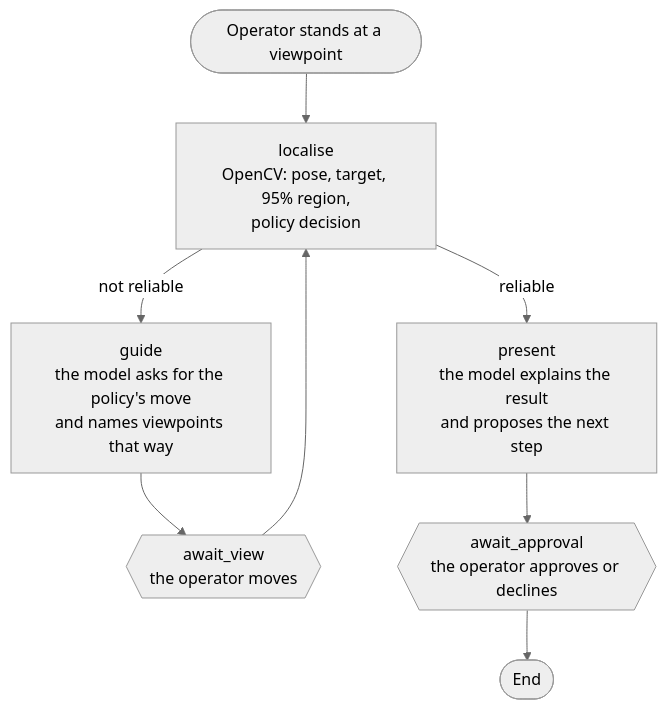
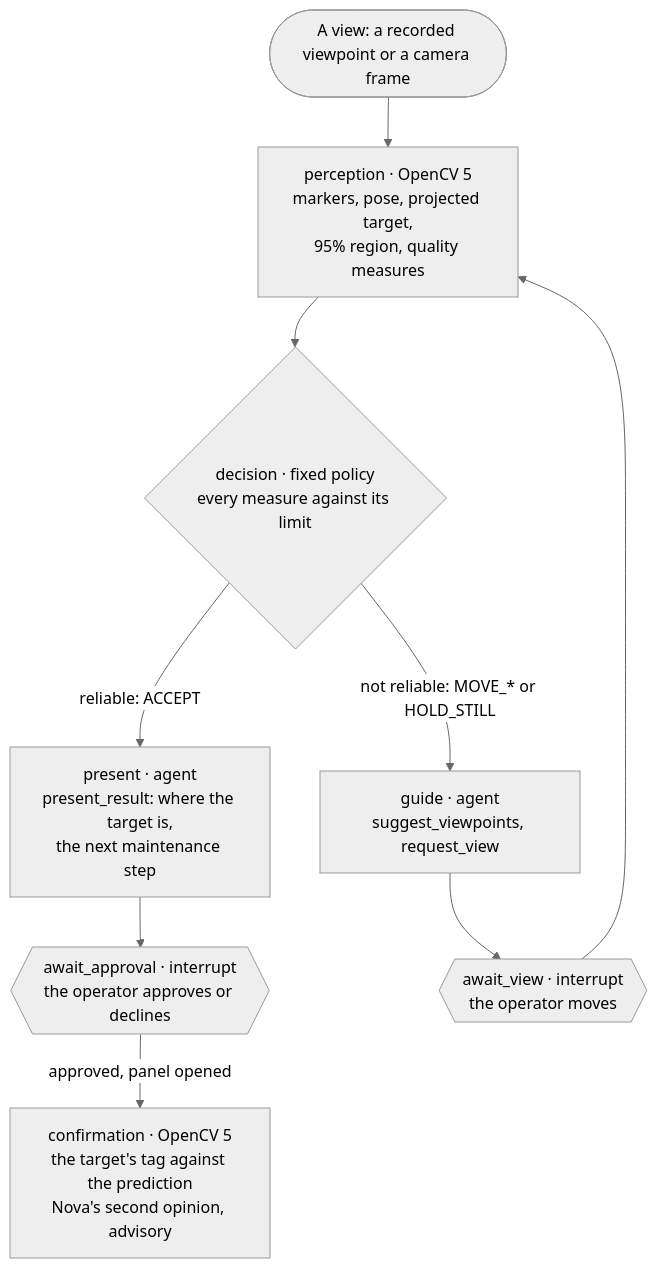
One commit to Lukols-Dev/Spatial-Maintenance-Copilot changed the second of 2 diagrams in docs/report.md. Above: the diagram before and after it, drawn with Mermaid (neutral theme). The commit also changed other lines of this file and 36 other files, not shown here.

````diff
--- a/docs/report.md
+++ b/docs/report.md
@@ -144,10 +198,11 @@
 ```mermaid
 flowchart TD
-  start(["Operator stands at a viewpoint"]) --> localise["localise<br/>OpenCV: pose, target, 95% region,<br/>policy decision"]
-  localise -->|"reliable"| present["present<br/>the model explains the result<br/>and proposes the next step"]
-  localise -->|"not reliable"| guide["guide<br/>the model asks for the policy's move<br/>and names viewpoints that way"]
-  guide --> awaitView{{"await_view<br/>the operator moves"}}
-  awaitView --> localise
-  present --> awaitApproval{{"await_approval<br/>the operator approves or declines"}}
-  awaitApproval --> done(["End"])
+  view(["A view: a recorded viewpoint or a camera frame"]) --> perceive["perception · OpenCV 5<br/>markers, pose, projected target,<br/>95% region, quality measures"]
+  perceive --> decide{"decision · fixed policy<br/>every measure against its limit"}
+  decide -- "reliable: ACCEPT" --> present["present · agent<br/>present_result: where the target is,<br/>the next maintenance step"]
+  decide -- "not reliable: MOVE_* or HOLD_STILL" --> guide["guide · agent<br/>suggest_viewpoints, request_view"]
+  guide --> moved{{"await_view · interrupt<br/>the operator moves"}}
+  moved --> perceive
+  present --> approval{{"await_approval · interrupt<br/>the operator approves or declines"}}
+  approval -- "approved, panel opened" --> confirm["confirmation · OpenCV 5<br/>the target's tag against the prediction<br/>Nova's second opinion, advisory"]
 ```
````
